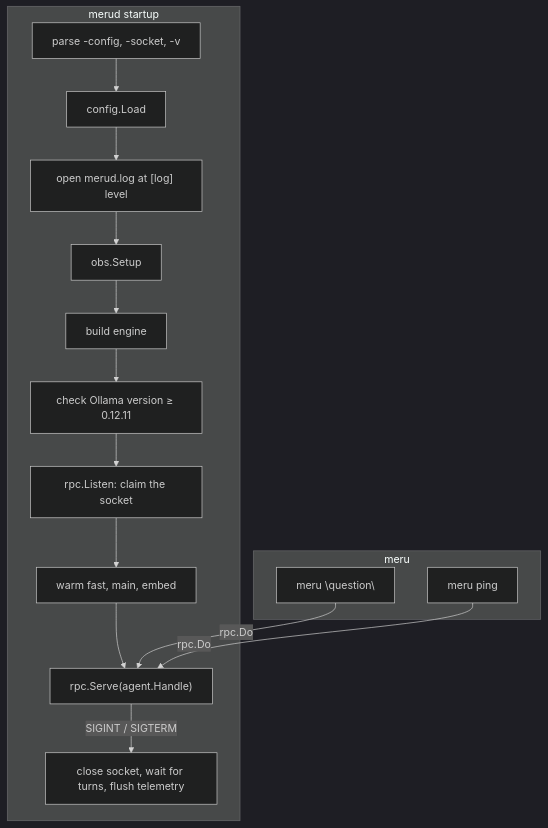
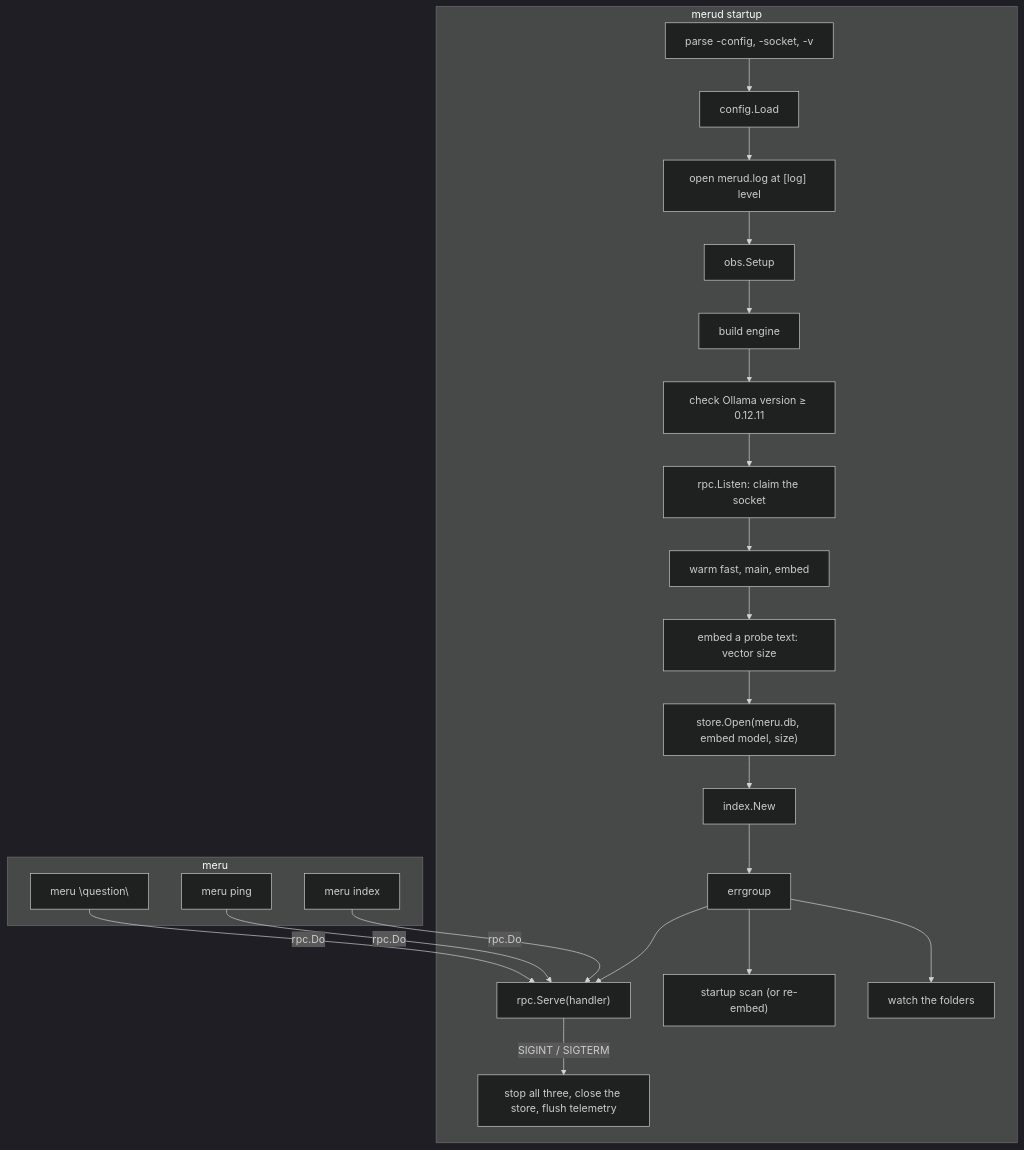
Before and after one commit to aarora79/meru: the diagram in docs/coding-notes/merud.md, drawn with Mermaid (dark theme). The commit also changed other lines of this file and 36 other files, not shown here.

````diff
--- a/docs/coding-notes/merud.md
+++ b/docs/coding-notes/merud.md
@@ -19,18 +20,25 @@
 ```mermaid
 flowchart TB
     subgraph merud["merud startup"]
         F["parse -config, -socket, -v"] --> L["config.Load"]
         L --> G["open merud.log at [log] level"]
         G --> O["obs.Setup"]
         O --> E["build engine"]
         E --> V["check Ollama version ≥ 0.12.11"]
         V --> S["rpc.Listen: claim the socket"]
         S --> W["warm fast, main, embed"]
-        W --> R["rpc.Serve(agent.Handle)"]
-        R -- "SIGINT / SIGTERM" --> X["close socket, wait for turns, flush telemetry"]
+        W --> D["embed a probe text: vector size"]
+        D --> ST["store.Open(meru.db, embed model, size)"]
+        ST --> IX["index.New"]
+        IX --> G2["errgroup"]
+        G2 --> R["rpc.Serve(handler)"]
+        G2 --> SC["startup scan (or re-embed)"]
+        G2 --> WA["watch the folders"]
+        R -- "SIGINT / SIGTERM" --> X["stop all three, close the store, flush telemetry"]
     end
     subgraph meru["meru"]
         A["meru \"question\""] -- "rpc.Do" --> R
         P["meru ping"] -- "rpc.Do" --> R
+        I["meru index"] -- "rpc.Do" --> R
     end
 ```
````
